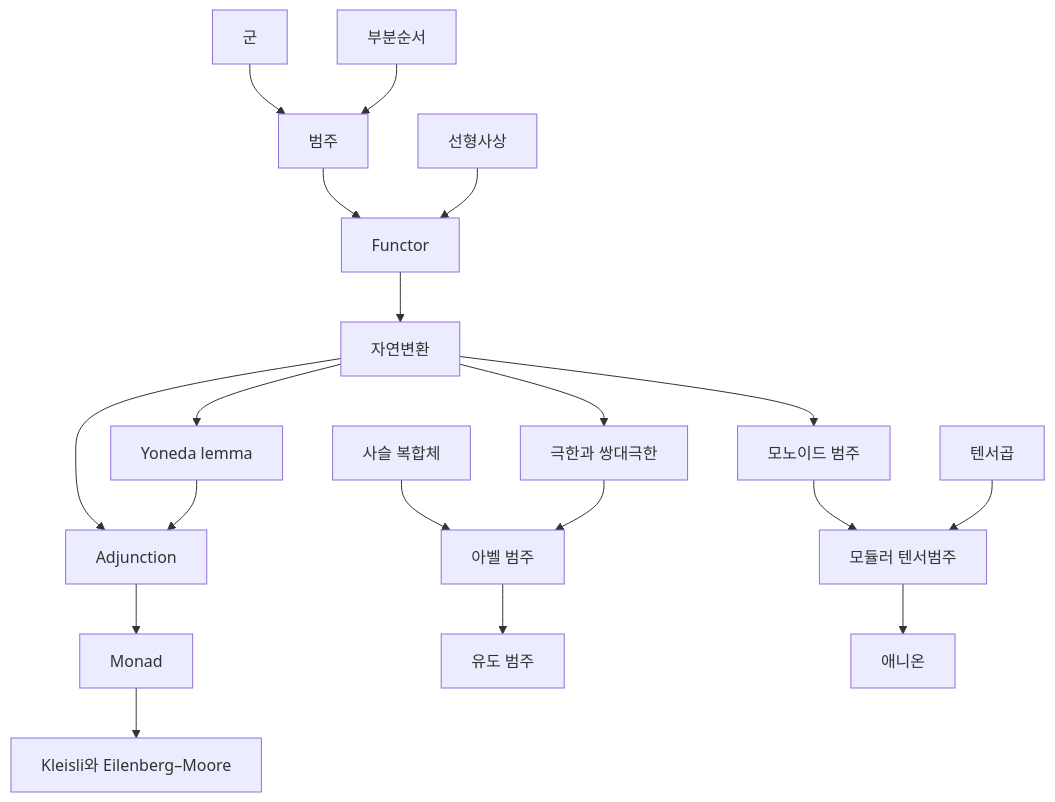
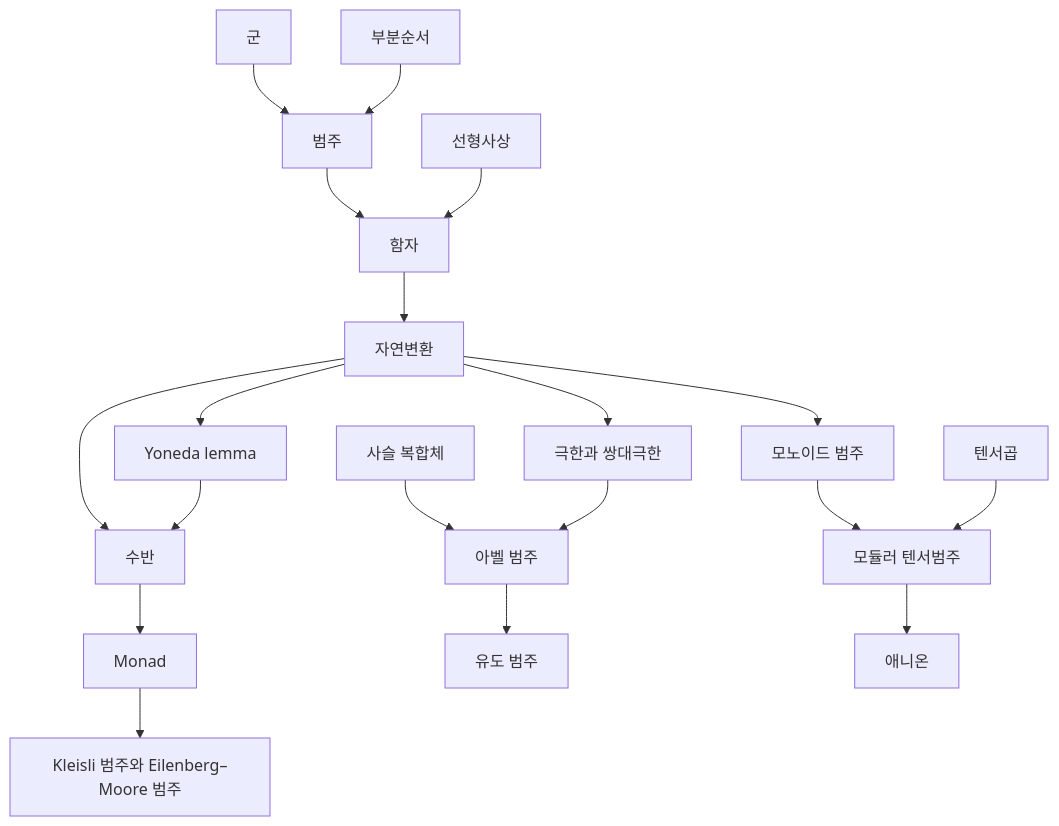
The diagram in docs/category-theory-overview.md (Phryxia/math-map), drawn with Mermaid before and after one commit. The commit also changed 8 other files, not shown here.

````diff
--- a/docs/category-theory-overview.md
+++ b/docs/category-theory-overview.md
@@ -13,20 +13,20 @@
 ```mermaid
 graph TD
   GP["군"] --> CA["범주"]
   PO["부분순서"] --> CA
-  CA --> FU["Functor"]
+  CA --> FU["함자"]
   LM["선형사상"] --> FU
   FU --> NT["자연변환"]
   NT --> YL["Yoneda lemma"]
   NT --> LC["극한과 쌍대극한"]
-  NT --> AD["Adjunction"]
+  NT --> AD["수반"]
   YL --> AD
   AD --> MO["Monad"]
-  MO --> KE["Kleisli와 Eilenberg–Moore"]
+  MO --> KE["Kleisli 범주와 Eilenberg–Moore 범주"]
   CC["사슬 복합체"] --> AB["아벨 범주"]
   LC --> AB
   AB --> DC["유도 범주"]
   NT --> MN["모노이드 범주"] --> MT["모듈러 텐서범주"]
   TP["텐서곱"] --> MT
   MT --> AN["애니온"]
 ```
````
